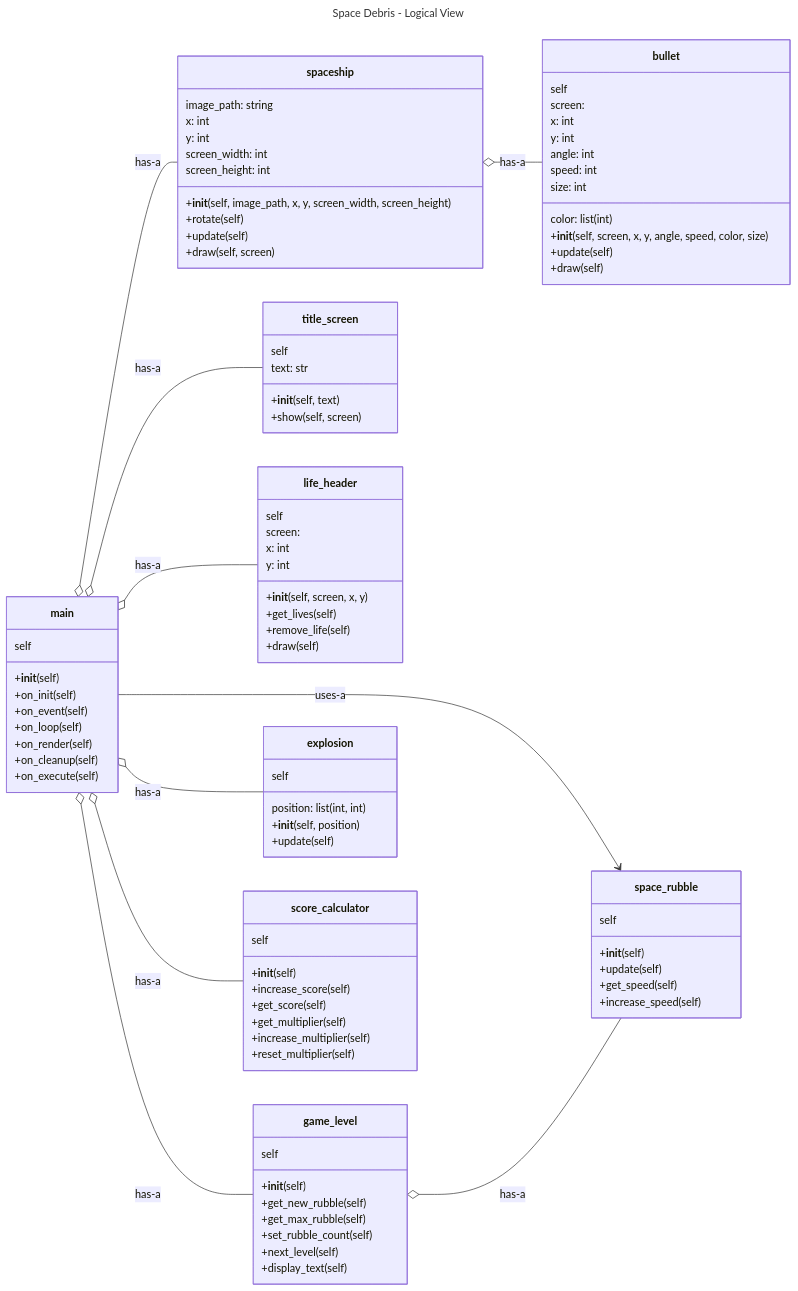
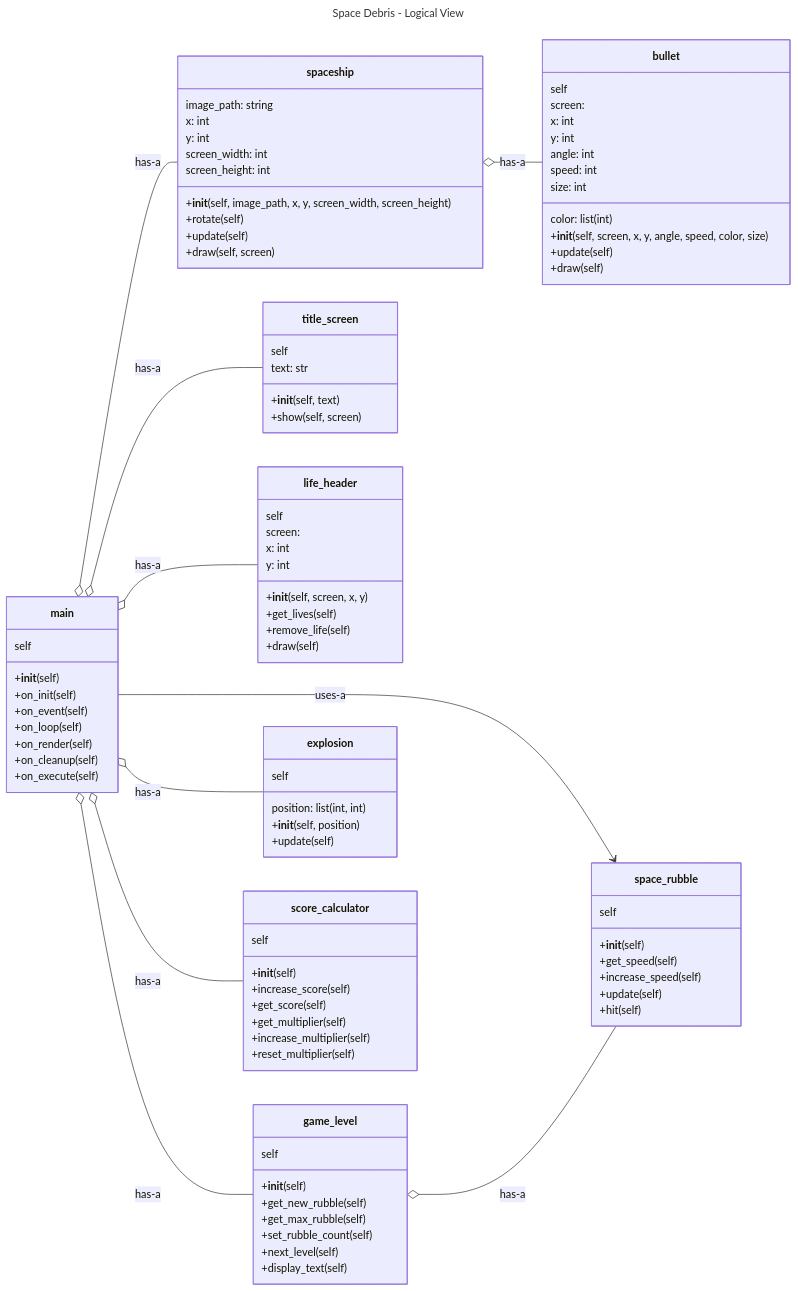
One commit to mmehta2669/Final_Project_Group_2 changed the first of 3 diagrams in README.md. Above: the diagram before and after it, drawn with Mermaid.

```diff
--- a/README.md
+++ b/README.md
@@ -39,9 +39,10 @@
  class space_rubble {
   self
   +__init__(self)
-  +update(self)
   +get_speed(self)
   +increase_speed(self)
+  +update(self)
+  +hit(self)
 }
 
  class bullet {
```
